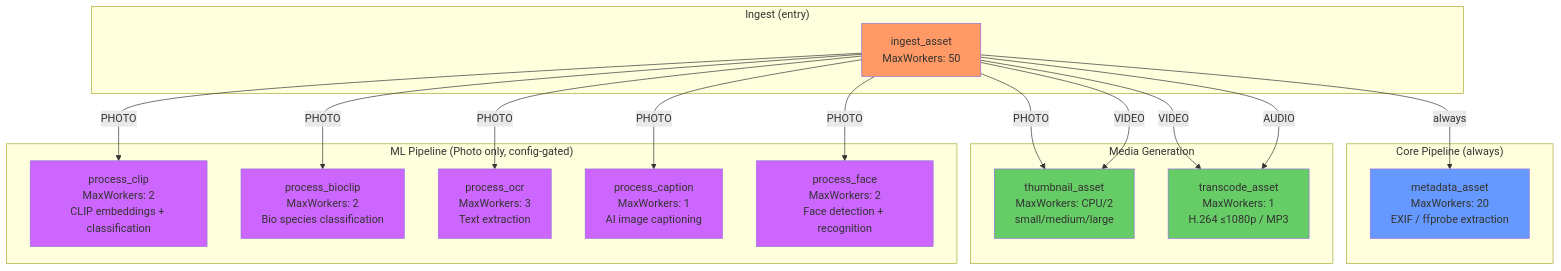
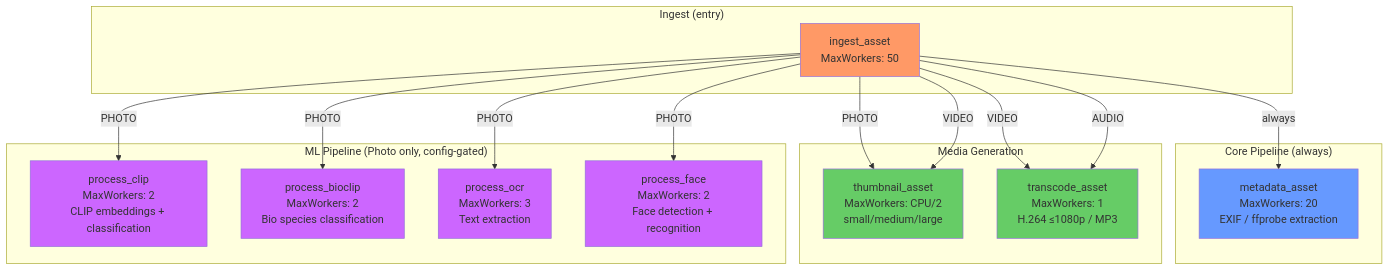
Before and after one commit to EdwinZhanCN/Lumilio-Photos: the seventh of 15 diagrams in docs/en/developer-documentation/business-diagram/upload-workflow.md, drawn with Mermaid. The commit also changed other lines of this file and 52 other files, not shown here.

````diff
--- a/docs/en/developer-documentation/business-diagram/upload-workflow.md
+++ b/docs/en/developer-documentation/business-diagram/upload-workflow.md
@@ -231,40 +230,38 @@
 ```mermaid
 graph TB
     subgraph "Ingest (entry)"
         INGEST[ingest_asset<br/>MaxWorkers: 50]
     end
 
     subgraph "Core Pipeline (always)"
         META[metadata_asset<br/>MaxWorkers: 20<br/>EXIF / ffprobe extraction]
     end
 
     subgraph "Media Generation"
         THUMB[thumbnail_asset<br/>MaxWorkers: CPU/2<br/>small/medium/large]
         TRANS[transcode_asset<br/>MaxWorkers: 1<br/>H.264 ≤1080p / MP3]
     end
 
     subgraph "ML Pipeline (Photo only, config-gated)"
         CLIP[process_clip<br/>MaxWorkers: 2<br/>CLIP embeddings + classification]
         BIOCLIP[process_bioclip<br/>MaxWorkers: 2<br/>Bio species classification]
         OCR[process_ocr<br/>MaxWorkers: 3<br/>Text extraction]
-        CAPTION[process_caption<br/>MaxWorkers: 1<br/>AI image captioning]
         FACE[process_face<br/>MaxWorkers: 2<br/>Face detection + recognition]
     end
 
     INGEST -->|always| META
     INGEST -->|PHOTO| THUMB
-    INGEST -->|PHOTO| CLIP & BIOCLIP & OCR & CAPTION & FACE
+    INGEST -->|PHOTO| CLIP & BIOCLIP & OCR & FACE
     INGEST -->|VIDEO| THUMB
     INGEST -->|VIDEO| TRANS
     INGEST -->|AUDIO| TRANS
 
     style INGEST fill:#f96
     style META fill:#69f
     style THUMB fill:#6c6
     style TRANS fill:#6c6
     style CLIP fill:#c6f
     style BIOCLIP fill:#c6f
     style OCR fill:#c6f
-    style CAPTION fill:#c6f
     style FACE fill:#c6f
 ```
````
